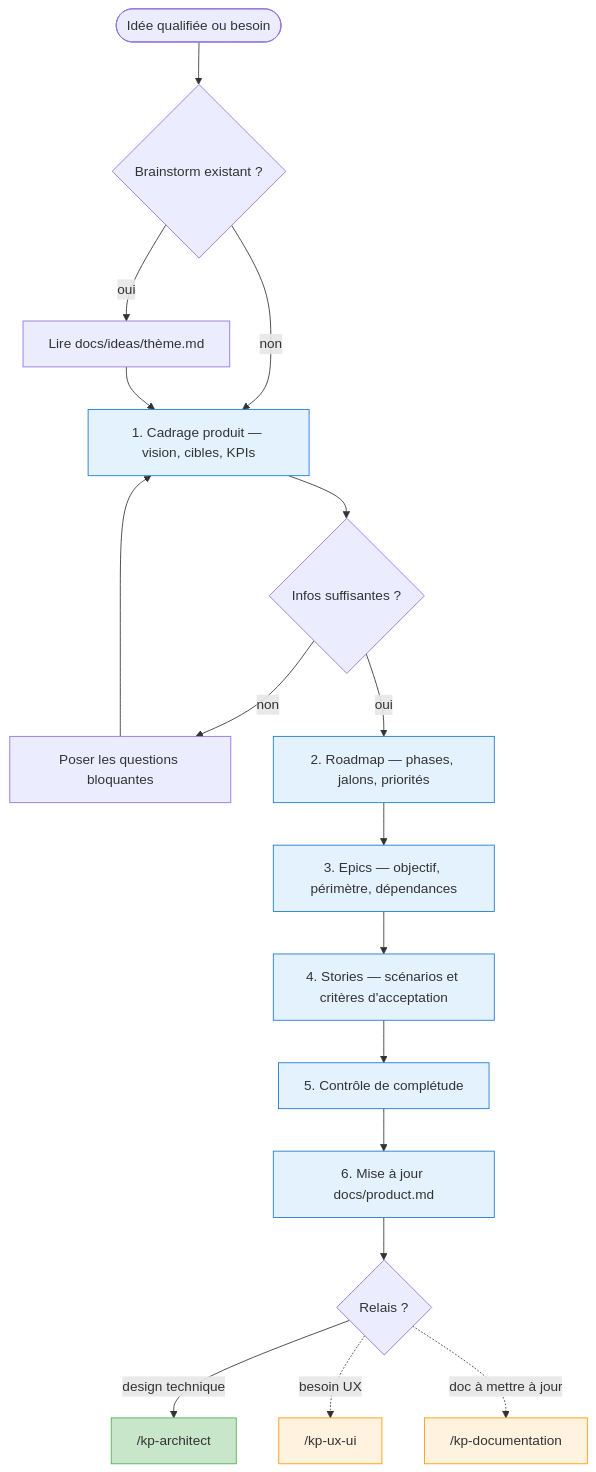
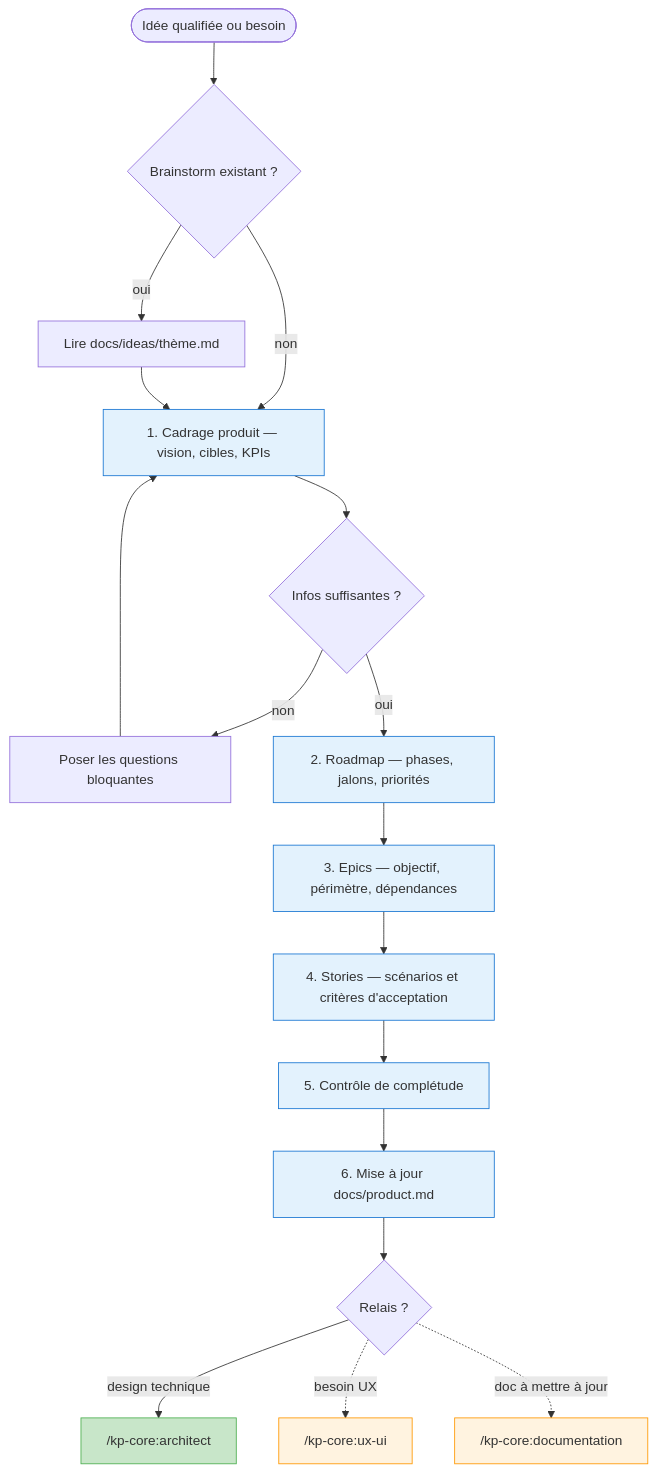
Before and after one commit to KeyProd/kp-agents: the third of 8 diagrams in docs/agents.md, drawn with Mermaid. The commit also changed other lines of this file and 3 other files, not shown here.

First line of the commit message:
feat(S-0002): update documentation to reflect plugin marketplace architecture

````diff
--- a/docs/agents.md
+++ b/docs/agents.md
@@ -143,39 +116,39 @@
 ```mermaid
 flowchart TD
     START([Idée qualifiée ou besoin]) --> IDEAS{Brainstorm existant ?}
     IDEAS -->|oui| READ_IDEA[Lire docs/ideas/thème.md]
     IDEAS -->|non| CADRAGE
     READ_IDEA --> CADRAGE
 
     CADRAGE[1. Cadrage produit — vision, cibles, KPIs]
     CADRAGE --> STOP_C{Infos suffisantes ?}
     STOP_C -->|non| QUESTIONS[Poser les questions bloquantes]
     QUESTIONS --> CADRAGE
     STOP_C -->|oui| ROADMAP
 
     ROADMAP[2. Roadmap — phases, jalons, priorités]
     ROADMAP --> EPICS
 
     EPICS[3. Epics — objectif, périmètre, dépendances]
     EPICS --> STORIES
 
     STORIES[4. Stories — scénarios et critères d'acceptation]
     STORIES --> CHECK_Q[5. Contrôle de complétude]
     CHECK_Q --> PRODUCT_MD[6. Mise à jour docs/product.md]
     PRODUCT_MD --> OUT
 
     OUT{Relais ?}
-    OUT -->|design technique| ARCHITECT["/kp-architect"]
-    OUT -.->|besoin UX| UX["/kp-ux-ui"]
-    OUT -.->|doc à mettre à jour| DOC["/kp-documentation"]
+    OUT -->|design technique| ARCHITECT["/kp-core:architect"]
+    OUT -.->|besoin UX| UX["/kp-core:ux-ui"]
+    OUT -.->|doc à mettre à jour| DOC["/kp-core:documentation"]
 
     style CADRAGE fill:#e3f2fd,stroke:#1976D2
     style ROADMAP fill:#e3f2fd,stroke:#1976D2
     style EPICS fill:#e3f2fd,stroke:#1976D2
     style STORIES fill:#e3f2fd,stroke:#1976D2
     style CHECK_Q fill:#e3f2fd,stroke:#1976D2
     style PRODUCT_MD fill:#e3f2fd,stroke:#1976D2
     style ARCHITECT fill:#c8e6c9,stroke:#4CAF50
     style UX fill:#fff3e0,stroke:#FF9800
     style DOC fill:#fff3e0,stroke:#FF9800
 ```
````
